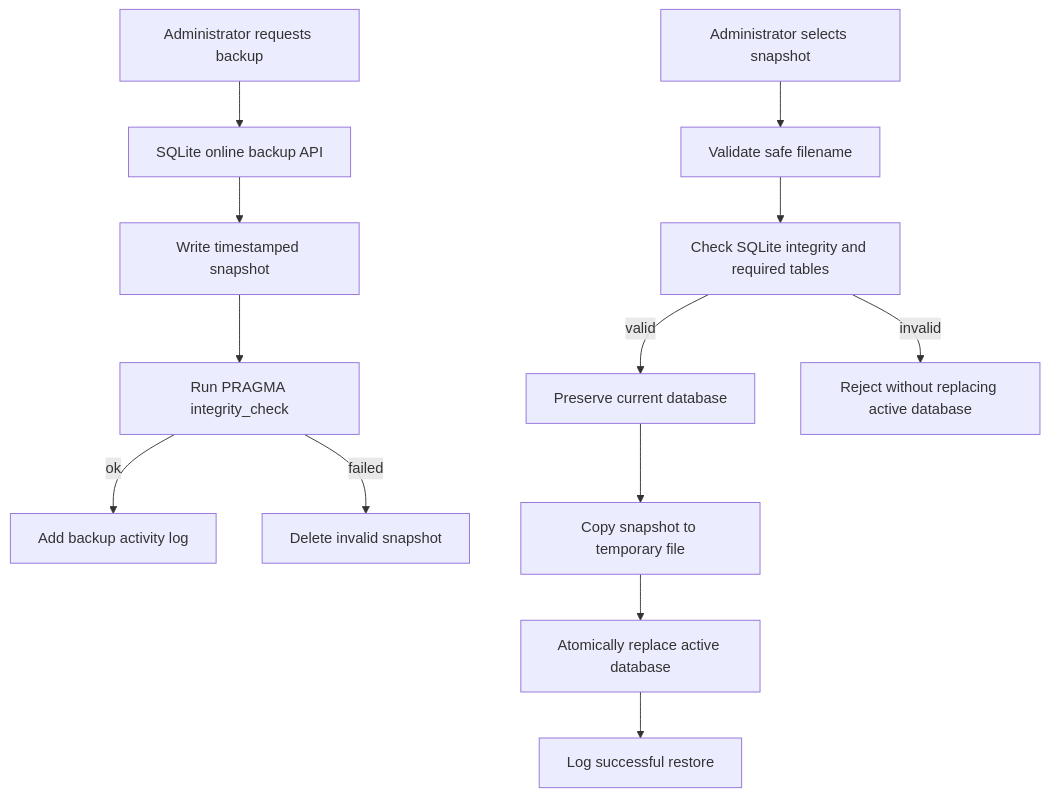
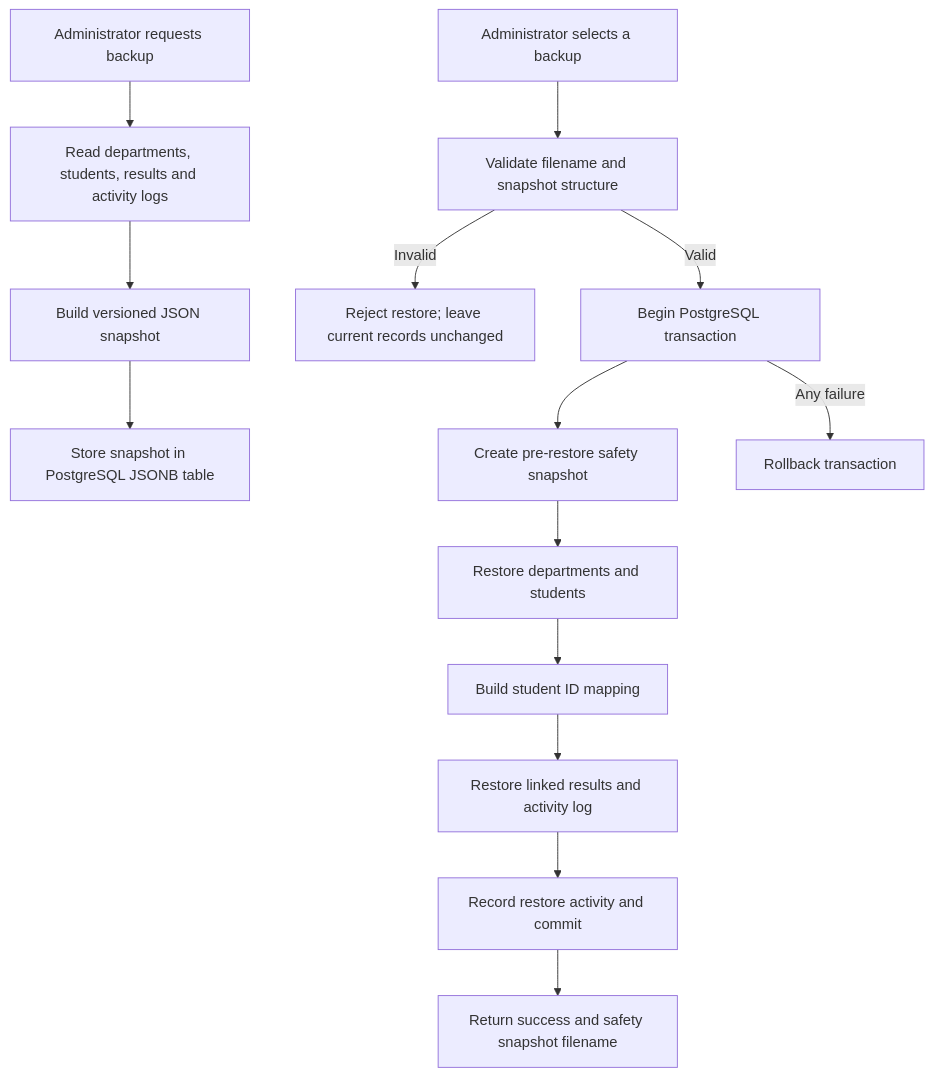
The second of 2 diagrams in docs/architecture.md (chimelachimela/campusbook), drawn with Mermaid before and after one commit. The commit also changed other lines of this file, not shown here.

Commit message:
docs: correct architecture for PostgreSQL deployment

````diff
--- a/docs/architecture.md
+++ b/docs/architecture.md
@@ -54,15 +78,16 @@
 ```mermaid
 flowchart TD
-    A[Administrator requests backup] --> B[SQLite online backup API]
-    B --> C[Write timestamped snapshot]
-    C --> D[Run PRAGMA integrity_check]
-    D -->|ok| E[Add backup activity log]
-    D -->|failed| F[Delete invalid snapshot]
-    G[Administrator selects snapshot] --> H[Validate safe filename]
-    H --> I[Check SQLite integrity and required tables]
-    I -->|valid| J[Preserve current database]
-    J --> K[Copy snapshot to temporary file]
-    K --> L[Atomically replace active database]
-    L --> M[Log successful restore]
-    I -->|invalid| N[Reject without replacing active database]
+    A[Administrator requests backup] --> B[Read departments, students, results and activity logs]
+    B --> C[Build versioned JSON snapshot]
+    C --> D[Store snapshot in PostgreSQL JSONB table]
+    E[Administrator selects a backup] --> F[Validate filename and snapshot structure]
+    F -->|Invalid| G[Reject restore; leave current records unchanged]
+    F -->|Valid| H[Begin PostgreSQL transaction]
+    H --> I[Create pre-restore safety snapshot]
+    I --> J[Restore departments and students]
+    J --> K[Build student ID mapping]
+    K --> L[Restore linked results and activity log]
+    L --> M[Record restore activity and commit]
+    M --> N[Return success and safety snapshot filename]
+    H -->|Any failure| O[Rollback transaction]
 ```
````
